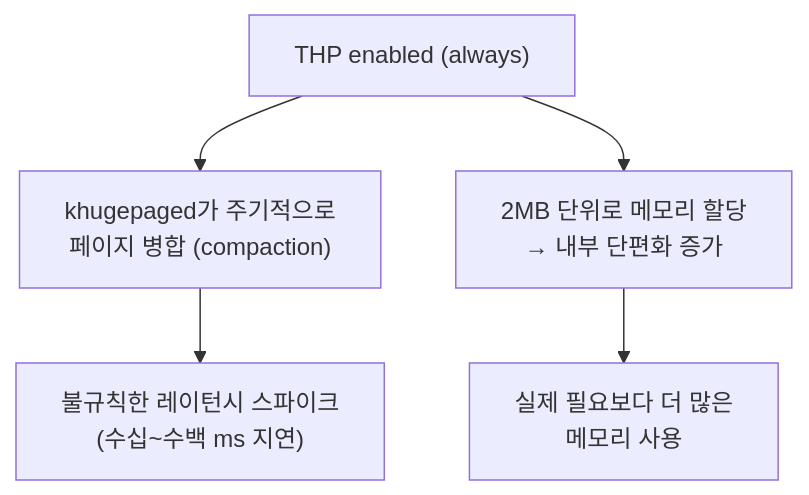
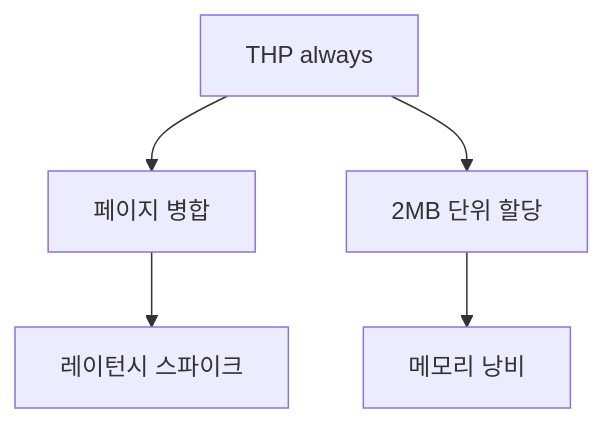
The fifth of 7 diagrams in content/linux/performance/memory-oom.md (moonblueblue/devops-wiki), drawn with Mermaid before and after one commit. The commit also changed other lines of this file and 12 other files, not shown here.

First line of the commit message:
style: linux 섹션 전체 ASCII art 제거 및 Mermaid 규칙 적용

````diff
--- a/content/linux/performance/memory-oom.md
+++ b/content/linux/performance/memory-oom.md
@@ -569,8 +566,7 @@
 ```mermaid
 graph TD
-    THP["THP enabled (always)"]
-    THP --> COMPACTION["khugepaged가 주기적으로<br/>페이지 병합 (compaction)"]
-    COMPACTION --> LATENCY["불규칙한 레이턴시 스파이크<br/>(수십~수백 ms 지연)"]
-    THP --> FRAG["2MB 단위로 메모리 할당<br/>→ 내부 단편화 증가"]
-    FRAG --> WASTE["실제 필요보다 더 많은<br/>메모리 사용"]
+    THP["THP always"] --> COMPACTION["페이지 병합"]
+    COMPACTION --> LATENCY["레이턴시 스파이크"]
+    THP --> FRAG["2MB 단위 할당"]
+    FRAG --> WASTE["메모리 낭비"]
 ```
````
